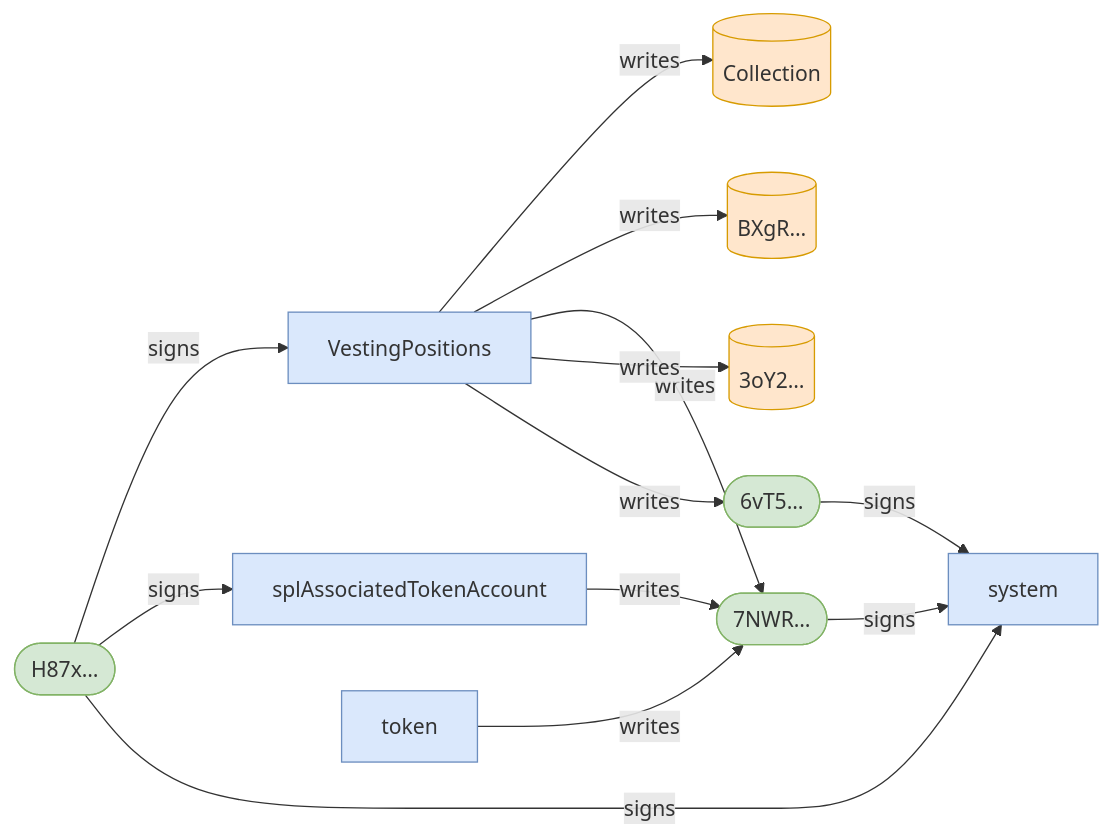
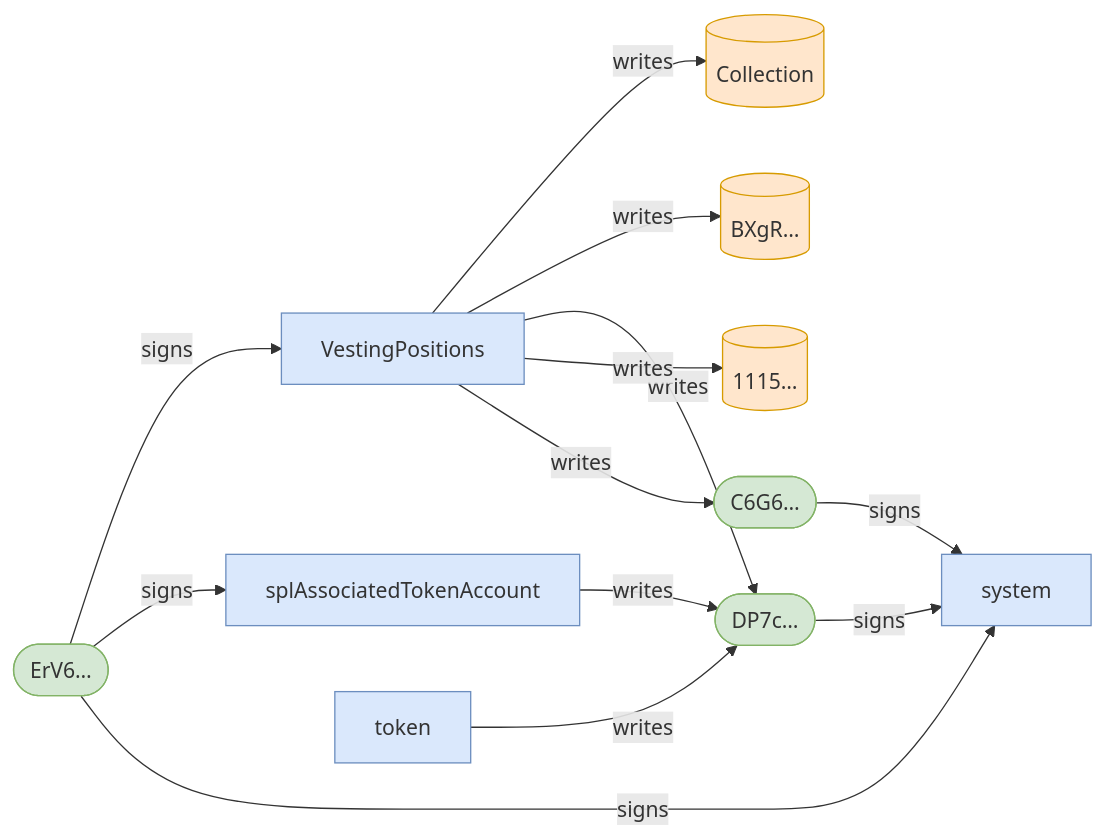
One commit to cds-turbin3/vesting-position changed the second of 3 diagrams in babelfish-tests/test-report/scenario_8_wrong_asset_subsequent_claim_fails.md. Above: the diagram before and after it, drawn with Mermaid. The commit also changed other lines of this file and 50 other files, not shown here.

````diff
--- a/babelfish-tests/test-report/scenario_8_wrong_asset_subsequent_claim_fails.md
+++ b/babelfish-tests/test-report/scenario_8_wrong_asset_subsequent_claim_fails.md
@@ -43,28 +43,28 @@
 ```mermaid
 flowchart LR
     VestingPositions["VestingPositions"]:::program
-    H87x(["H87x…"]):::signer
+    ErV6(["ErV6…"]):::signer
     Collection[("Collection")]:::state
     BXgR[("BXgR…")]:::state
-    7NWR(["7NWR…"]):::signer
-    3oY2[("3oY2…")]:::state
-    6vT5(["6vT5…"]):::signer
+    DP7c(["DP7c…"]):::signer
+    1115[("1115…")]:::state
+    C6G6(["C6G6…"]):::signer
     splAssociatedTokenAccount["splAssociatedTokenAccount"]:::program
     token["token"]:::program
     system["system"]:::program
-    H87x -->|signs| VestingPositions
+    ErV6 -->|signs| VestingPositions
     VestingPositions -->|writes| Collection
     VestingPositions -->|writes| BXgR
-    VestingPositions -->|writes| 7NWR
-    VestingPositions -->|writes| 3oY2
-    VestingPositions -->|writes| 6vT5
-    H87x -->|signs| splAssociatedTokenAccount
-    splAssociatedTokenAccount -->|writes| 7NWR
-    H87x -->|signs| system
-    7NWR -->|signs| system
-    token -->|writes| 7NWR
-    6vT5 -->|signs| system
+    VestingPositions -->|writes| DP7c
+    VestingPositions -->|writes| 1115
+    VestingPositions -->|writes| C6G6
+    ErV6 -->|signs| splAssociatedTokenAccount
+    splAssociatedTokenAccount -->|writes| DP7c
+    ErV6 -->|signs| system
+    DP7c -->|signs| system
+    token -->|writes| DP7c
+    C6G6 -->|signs| system
     classDef program fill:#dae8fc,stroke:#6c8ebf;
     classDef signer fill:#d5e8d4,stroke:#82b366;
     classDef state fill:#ffe6cc,stroke:#d79b00;
 ```
````
